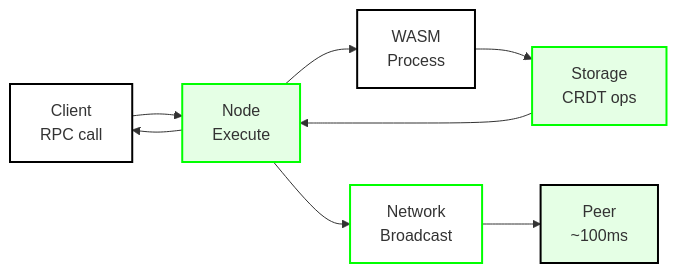
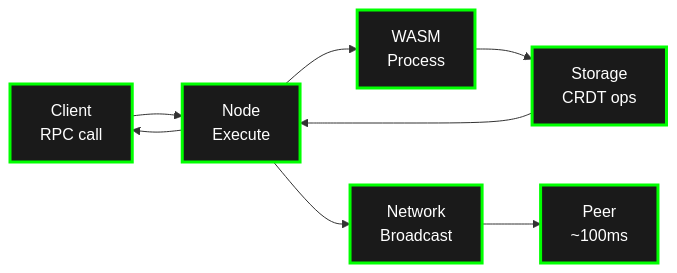
One commit to calimero-network/docs changed the second of 6 diagrams in docs/core-concepts/architecture.md. Above: the diagram before and after it, drawn with Mermaid. The commit also changed other lines of this file, not shown here.

First line of the commit message:
fix: Update all graphs to use dark fills with green borders for visibility

````diff
--- a/docs/core-concepts/architecture.md
+++ b/docs/core-concepts/architecture.md
@@ -28,17 +28,17 @@
 ```mermaid
 flowchart LR
     CLIENT[Client<br/>RPC call] --> NODE[Node<br/>Execute]
     NODE --> WASM[WASM<br/>Process]
     WASM --> STORAGE[Storage<br/>CRDT ops]
     STORAGE --> NODE
     NODE --> NETWORK[Network<br/>Broadcast]
     NETWORK --> PEER[Peer<br/>~100ms]
     NODE --> CLIENT
     
-    style CLIENT fill:#ffffff,stroke:#000000,stroke-width:2px
-    style NODE fill:#e5ffe5,stroke:#00ff00,stroke-width:2px
-    style WASM fill:#ffffff,stroke:#000000,stroke-width:2px
-    style STORAGE fill:#e5ffe5,stroke:#00ff00,stroke-width:2px
-    style NETWORK fill:#ffffff,stroke:#00ff00,stroke-width:2px
-    style PEER fill:#e5ffe5,stroke:#000000,stroke-width:2px
+    style CLIENT fill:#1a1a1a,stroke:#00ff00,stroke-width:3px,color:#ffffff
+    style NODE fill:#1a1a1a,stroke:#00ff00,stroke-width:3px,color:#ffffff
+    style WASM fill:#1a1a1a,stroke:#00ff00,stroke-width:3px,color:#ffffff
+    style STORAGE fill:#1a1a1a,stroke:#00ff00,stroke-width:3px,color:#ffffff
+    style NETWORK fill:#1a1a1a,stroke:#00ff00,stroke-width:3px,color:#ffffff
+    style PEER fill:#1a1a1a,stroke:#00ff00,stroke-width:3px,color:#ffffff
 ```
````
